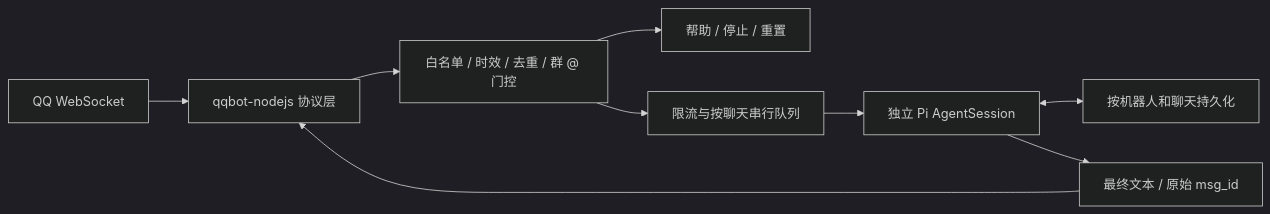
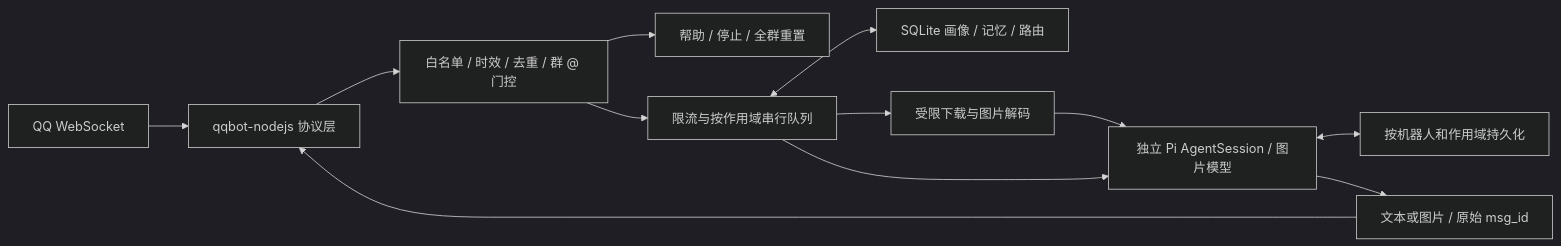
Before and after one commit to iawnix/pi-qq: the diagram in docs/technical-route.md, drawn with Mermaid (dark theme). The commit also changed other lines of this file and 27 other files, not shown here.

````diff
--- a/docs/technical-route.md
+++ b/docs/technical-route.md
@@ -29,11 +29,14 @@
 ```mermaid
 flowchart LR
     QQ[QQ WebSocket] --> SDK[qqbot-nodejs 协议层]
     SDK --> Gate[白名单 / 时效 / 去重 / 群 @ 门控]
-    Gate --> Commands[帮助 / 停止 / 重置]
-    Gate --> Queue[限流与按聊天串行队列]
-    Queue --> Pi[独立 Pi AgentSession]
-    Pi <--> Store[按机器人和聊天持久化]
-    Pi --> Reply[最终文本 / 原始 msg_id]
+    Gate --> Commands[帮助 / 停止 / 全群重置]
+    Gate --> Queue[限流与按作用域串行队列]
+    Queue <--> Memory[SQLite 画像 / 记忆 / 路由]
+    Queue --> Images[受限下载与图片解码]
+    Images --> Pi[独立 Pi AgentSession / 图片模型]
+    Queue --> Pi
+    Pi <--> Store[按机器人和作用域持久化]
+    Pi --> Reply[文本或图片 / 原始 msg_id]
     Reply --> SDK
 ```
````
